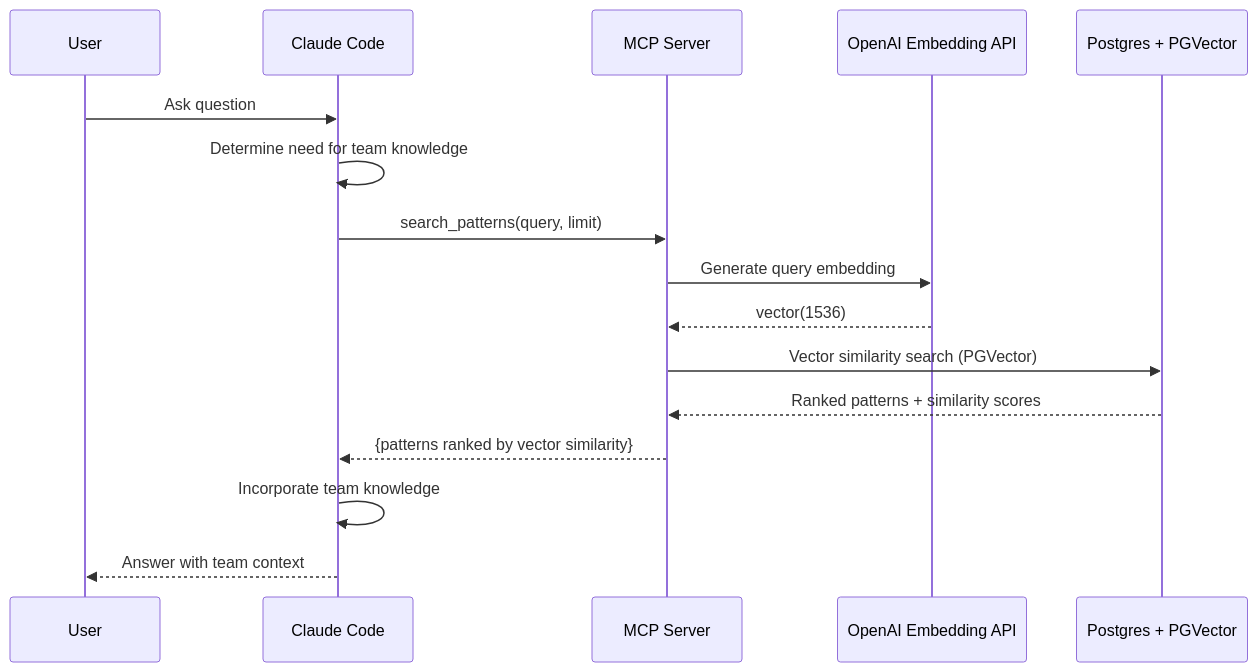
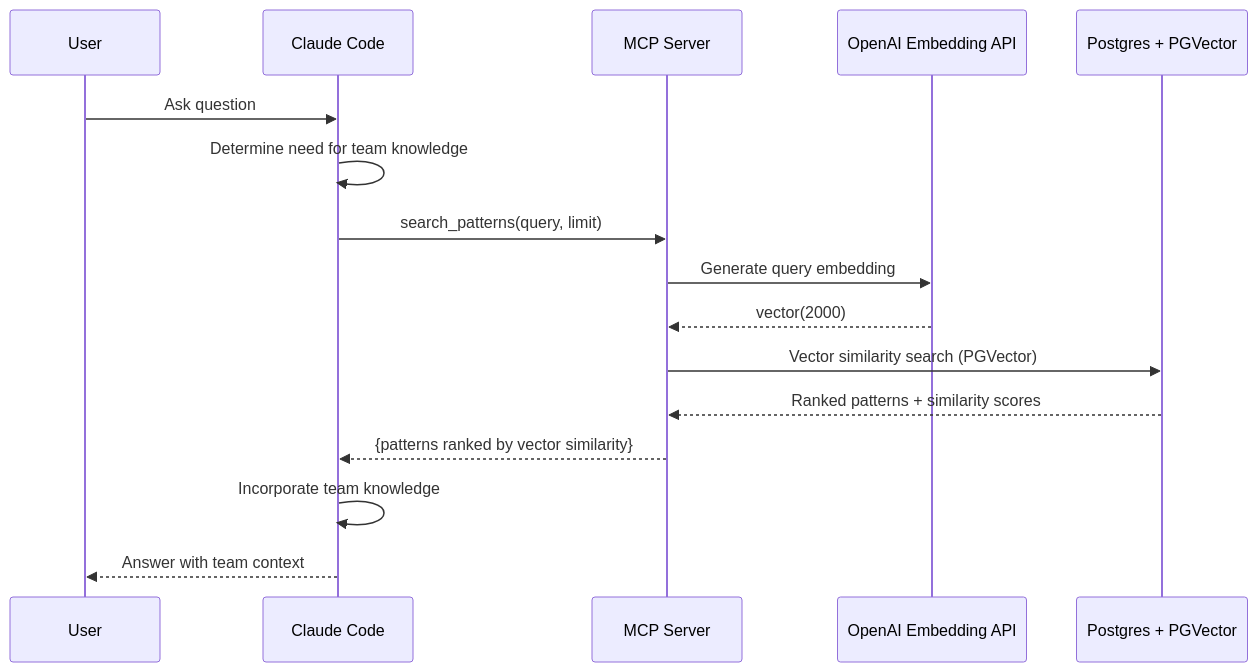
The third of 6 diagrams in docs/architecture/system/02-system-architecture.md (twistingmercury/mnemonic-docs), drawn with Mermaid before and after one commit. The commit also changed other lines of this file and 8 other files, not shown here.

````diff
--- a/docs/architecture/system/02-system-architecture.md
+++ b/docs/architecture/system/02-system-architecture.md
@@ -175,23 +165,23 @@
 ```mermaid
 sequenceDiagram
     participant User
     participant CC as Claude Code
     participant MCP as MCP Server
     participant OPENAI as OpenAI Embedding API
     participant PG as Postgres + PGVector
 
     User->>CC: Ask question
     CC->>CC: Determine need for team knowledge
 
     CC->>MCP: search_patterns(query, limit)
 
     MCP->>OPENAI: Generate query embedding
-    OPENAI-->>MCP: vector(1536)
+    OPENAI-->>MCP: vector(2000)
     MCP->>PG: Vector similarity search (PGVector)
     PG-->>MCP: Ranked patterns + similarity scores
 
     MCP-->>CC: {patterns ranked by vector similarity}
 
     CC->>CC: Incorporate team knowledge
     CC-->>User: Answer with team context
 ```
````
